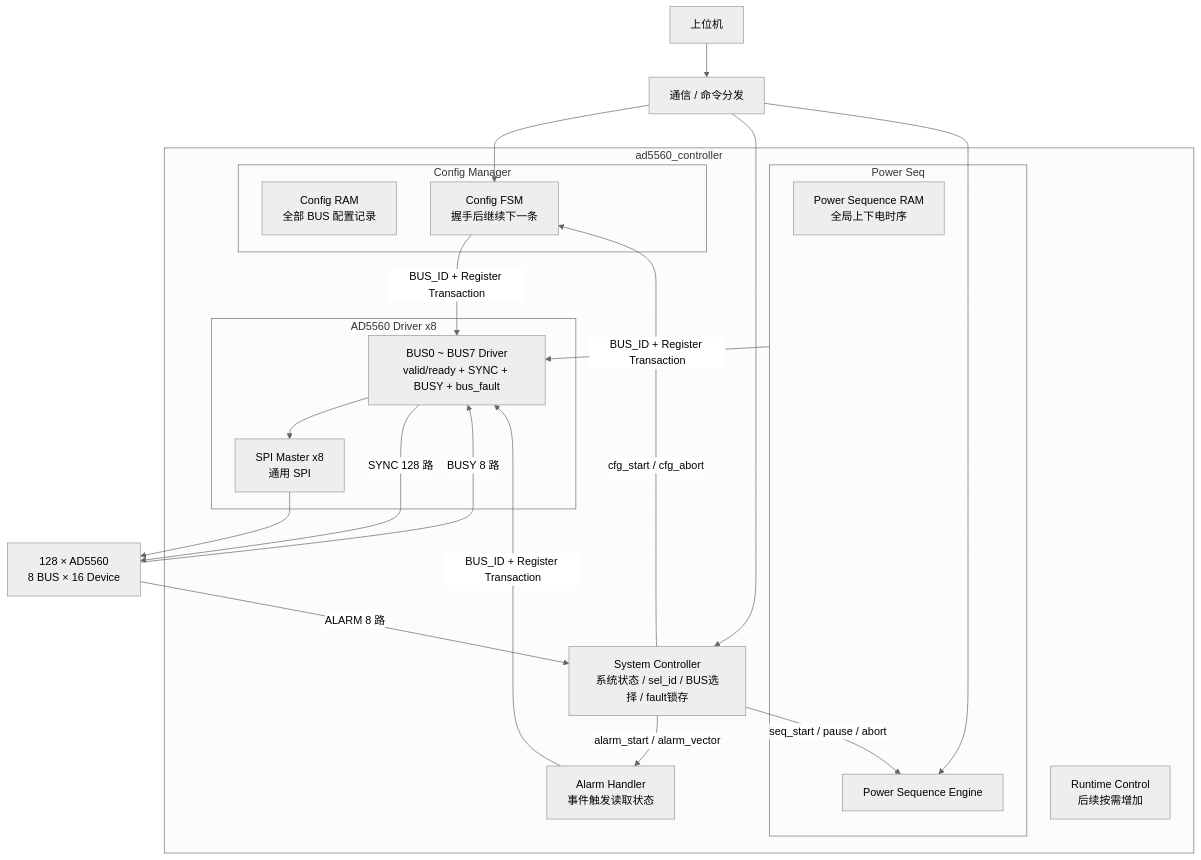
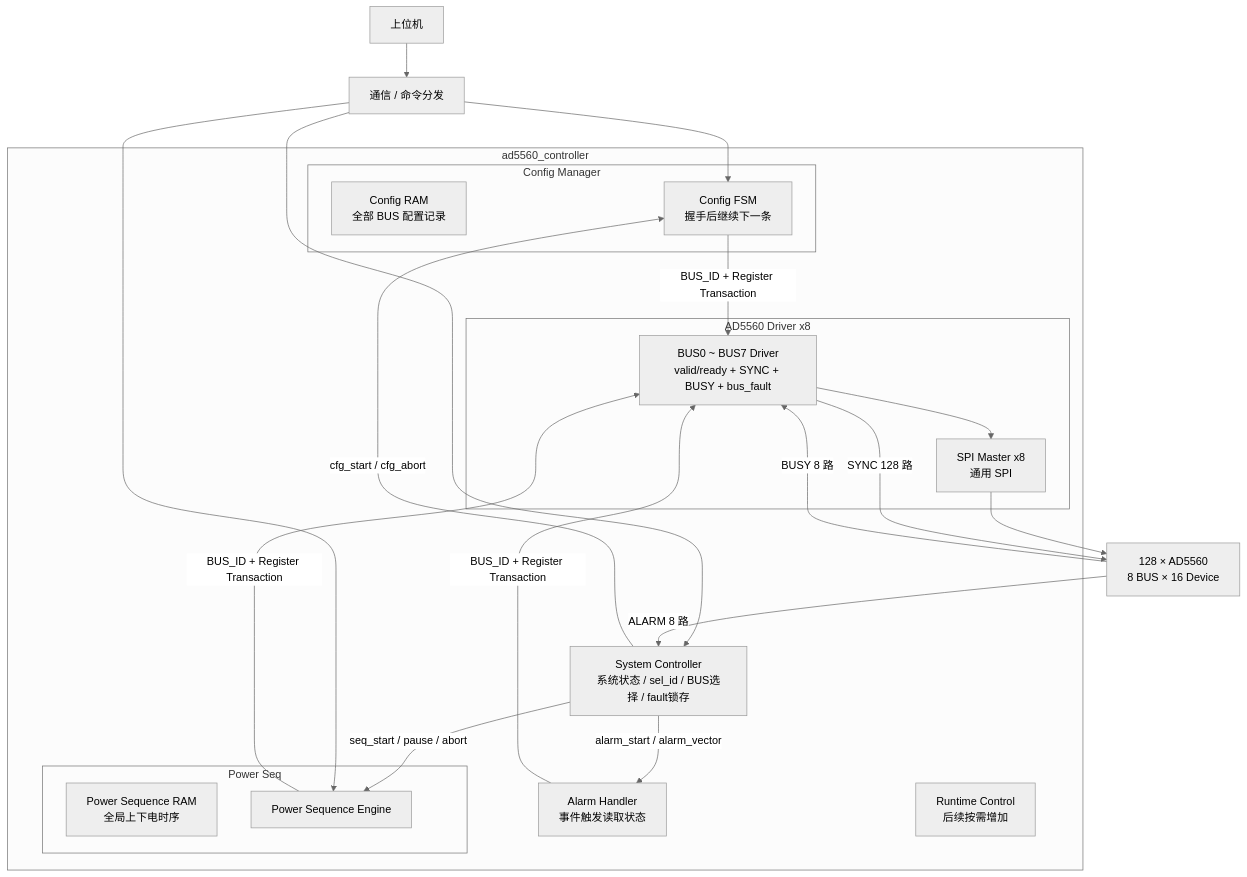
One commit to hhanghhhhh/hbm_proj changed the diagram in AD5560/SYSTEM_ARCHITECTURE.md. Above: the diagram before and after it, drawn with Mermaid (neutral theme).

````diff
--- a/AD5560/SYSTEM_ARCHITECTURE.md
+++ b/AD5560/SYSTEM_ARCHITECTURE.md
@@ -204,49 +204,49 @@
 ```mermaid
 flowchart TB
     PC[上位机]
     COMM[通信 / 命令分发]
 
     subgraph CTRL[ad5560_controller]
         SYS[System Controller\n系统状态 / sel_id / BUS选择 / fault锁存]
 
         subgraph CFG[Config Manager]
             CRAM[Config RAM\n全部 BUS 配置记录]
             CM[Config FSM\n握手后继续下一条]
         end
 
         subgraph PSEQ[Power Seq]
             PSRAM[Power Sequence RAM\n全局上下电时序]
             PSE[Power Sequence Engine]
         end
 
         AH[Alarm Handler\n事件触发读取状态]
         RC[Runtime Control\n后续按需增加]
 
         subgraph DRIVERS[AD5560 Driver x8]
             DRV[BUS0 ~ BUS7 Driver\nvalid/ready + SYNC + BUSY + bus_fault]
             SPI[SPI Master x8\n通用 SPI]
             DRV --> SPI
         end
 
         SYS -->|cfg_start / cfg_abort| CM
         SYS -->|seq_start / pause / abort| PSE
         SYS -->|alarm_start / alarm_vector| AH
 
         CM -->|BUS_ID + Register Transaction| DRV
-        PSEQ -->|BUS_ID + Register Transaction| DRV
+        PSE -->|BUS_ID + Register Transaction| DRV
         AH -->|BUS_ID + Register Transaction| DRV
 
     end
 
     DEV[128 × AD5560\n8 BUS × 16 Device]
 
     PC --> COMM
     COMM --> CM
     COMM --> SYS
     COMM --> PSE
 
     SPI --> DEV
     DRV -->|SYNC 128 路| DEV
     DEV -->|BUSY 8 路| DRV
     DEV -->|ALARM 8 路| SYS
 ```
````
